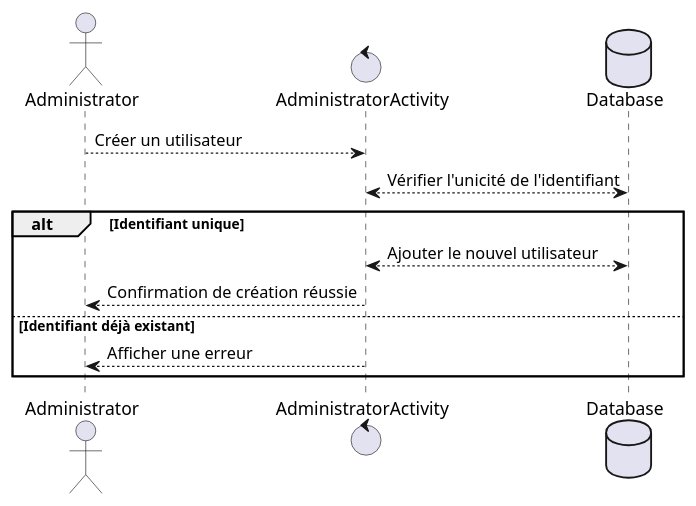
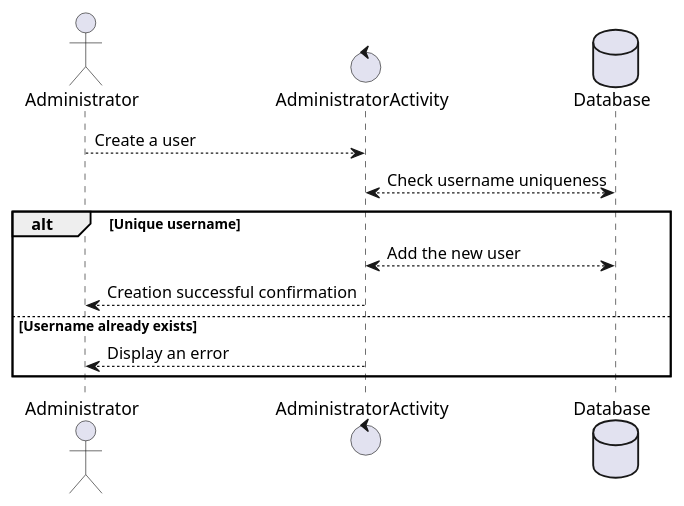
One commit to Yorkchk/PC_sur_mesure_Mobile_app changed the seventh of 15 diagrams in README.md. Above: the diagram before and after it, drawn with PlantUML. The commit also changed other lines of this file, not shown here.

````diff
--- a/README.md
+++ b/README.md
@@ -261,17 +240,19 @@
+```plantuml
 @startuml
 actor Administrator
 
 control AdministratorActivity
 database Database
 
-Administrator --> AdministratorActivity : Créer un utilisateur
+Administrator --> AdministratorActivity : Create a user
 
-AdministratorActivity <--> Database : Vérifier l'unicité de l'identifiant
+AdministratorActivity <--> Database : Check username uniqueness
 
-alt Identifiant unique
-    AdministratorActivity <--> Database : Ajouter le nouvel utilisateur
-    AdministratorActivity --> Administrator : Confirmation de création réussie
-else Identifiant déjà existant
-    AdministratorActivity --> Administrator : Afficher une erreur
+alt Unique username
+    AdministratorActivity <--> Database : Add the new user
+    AdministratorActivity --> Administrator : Creation successful confirmation
+else Username already exists
+    AdministratorActivity --> Administrator : Display an error
 end
 @enduml
+```
````
